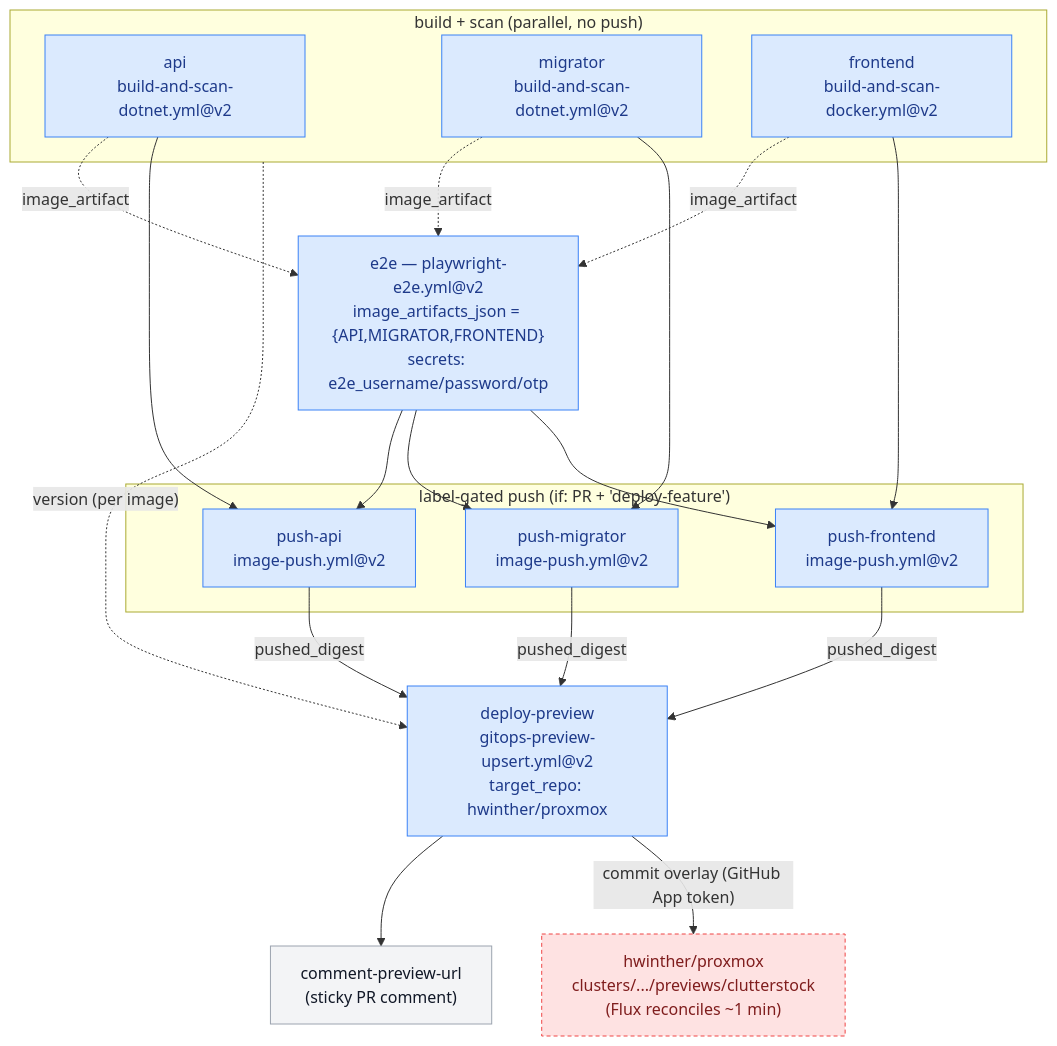
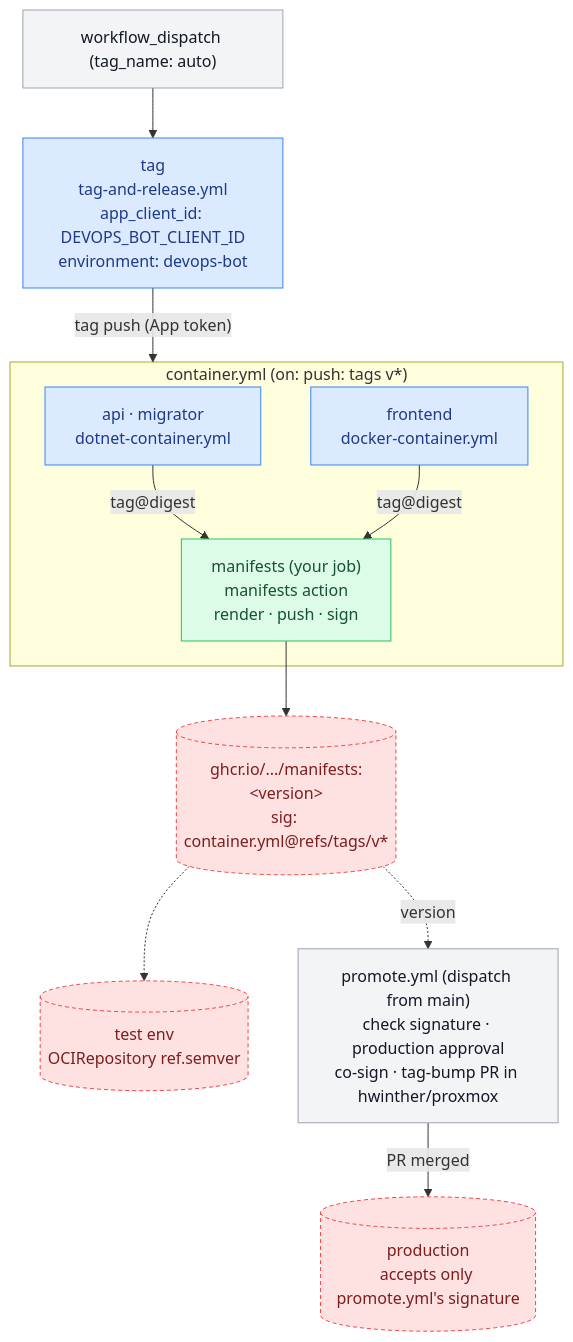
Before and after one commit to hwinther/reusable-workflows: diagram 11 of 14 in docs/consumer-topologies.md, drawn with Mermaid. The commit also changed other lines of this file, not shown here.

````diff
--- a/docs/consumer-topologies.md
+++ b/docs/consumer-topologies.md
@@ -274,36 +288,26 @@
 ```mermaid
 flowchart TD
-  subgraph bs["build + scan (parallel, no push)"]
-    api["api<br/>build-and-scan-dotnet.yml@v2"]:::rw
-    mig["migrator<br/>build-and-scan-dotnet.yml@v2"]:::rw
-    fe["frontend<br/>build-and-scan-docker.yml@v2"]:::rw
+  disp["workflow_dispatch (tag_name: auto)"]:::cj
+  tag["tag<br/>tag-and-release.yml<br/>app_client_id: DEVOPS_BOT_CLIENT_ID<br/>environment: devops-bot"]:::rw
+  subgraph cont["container.yml (on: push: tags v*)"]
+    api["api · migrator<br/>dotnet-container.yml"]:::rw
+    fe["frontend<br/>docker-container.yml"]:::rw
+    man["manifests (your job)<br/>manifests action<br/>render · push · sign"]:::ca
   end
-  e2e["e2e — playwright-e2e.yml@v2<br/>image_artifacts_json = {API,MIGRATOR,FRONTEND}<br/>secrets: e2e_username/password/otp"]:::rw
-  subgraph push["label-gated push (if: PR + 'deploy-feature')"]
-    pa["push-api<br/>image-push.yml@v2"]:::rw
-    pm["push-migrator<br/>image-push.yml@v2"]:::rw
-    pf["push-frontend<br/>image-push.yml@v2"]:::rw
-  end
-  dp["deploy-preview<br/>gitops-preview-upsert.yml@v2<br/>target_repo: hwinther/proxmox"]:::rw
-  cm["comment-preview-url<br/>(sticky PR comment)"]:::cj
-  prox["hwinther/proxmox<br/>clusters/.../previews/clutterstock<br/>(Flux reconciles ~1 min)"]:::ext
+  ghcr[("ghcr.io/.../manifests:&lt;version&gt;<br/>sig: container.yml@refs/tags/v*")]:::ext
+  test[("test env<br/>OCIRepository ref.semver")]:::ext
+  prom["promote.yml (dispatch from main)<br/>check signature · production approval<br/>co-sign · tag-bump PR in hwinther/proxmox"]:::cj
+  prod[("production<br/>accepts only promote.yml's signature")]:::ext
 
-  api -.->|"image_artifact"| e2e
-  mig -.->|"image_artifact"| e2e
-  fe -.->|"image_artifact"| e2e
-  api --> pa
-  mig --> pm
-  fe --> pf
-  e2e --> pa
-  e2e --> pm
-  e2e --> pf
-  pa -->|"pushed_digest"| dp
-  pm -->|"pushed_digest"| dp
-  pf -->|"pushed_digest"| dp
-  bs -.->|"version (per image)"| dp
-  dp --> cm
-  dp -->|"commit overlay (GitHub App token)"| prox
+  disp --> tag -->|"tag push (App token)"| cont
+  api -->|"tag@digest"| man
+  fe -->|"tag@digest"| man
+  man --> ghcr
+  ghcr -.-> test
+  ghcr -.->|"version"| prom
+  prom -->|"PR merged"| prod
   classDef cj fill:#f3f4f6,stroke:#9ca3af,color:#111827
   classDef rw fill:#dbeafe,stroke:#3b82f6,color:#1e3a8a
+  classDef ca fill:#dcfce7,stroke:#22c55e,color:#14532d
   classDef ext fill:#fee2e2,stroke:#ef4444,color:#7f1d1d,stroke-dasharray:4 3
 ```
````
